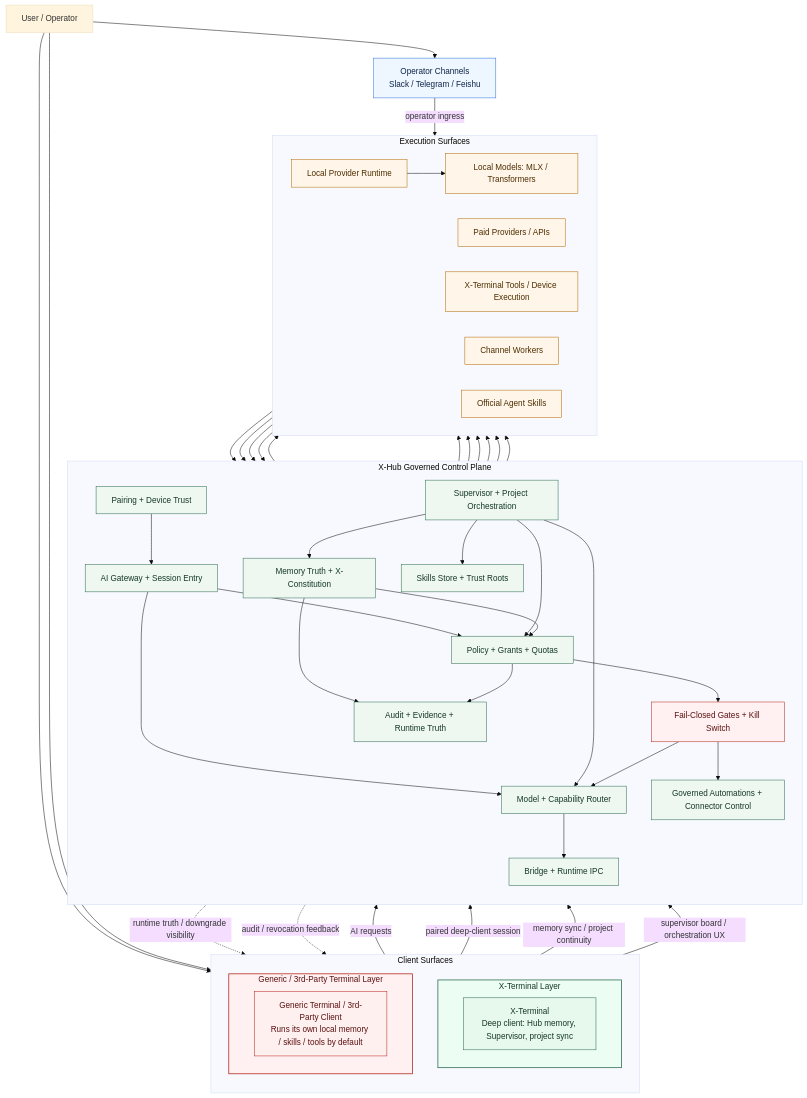
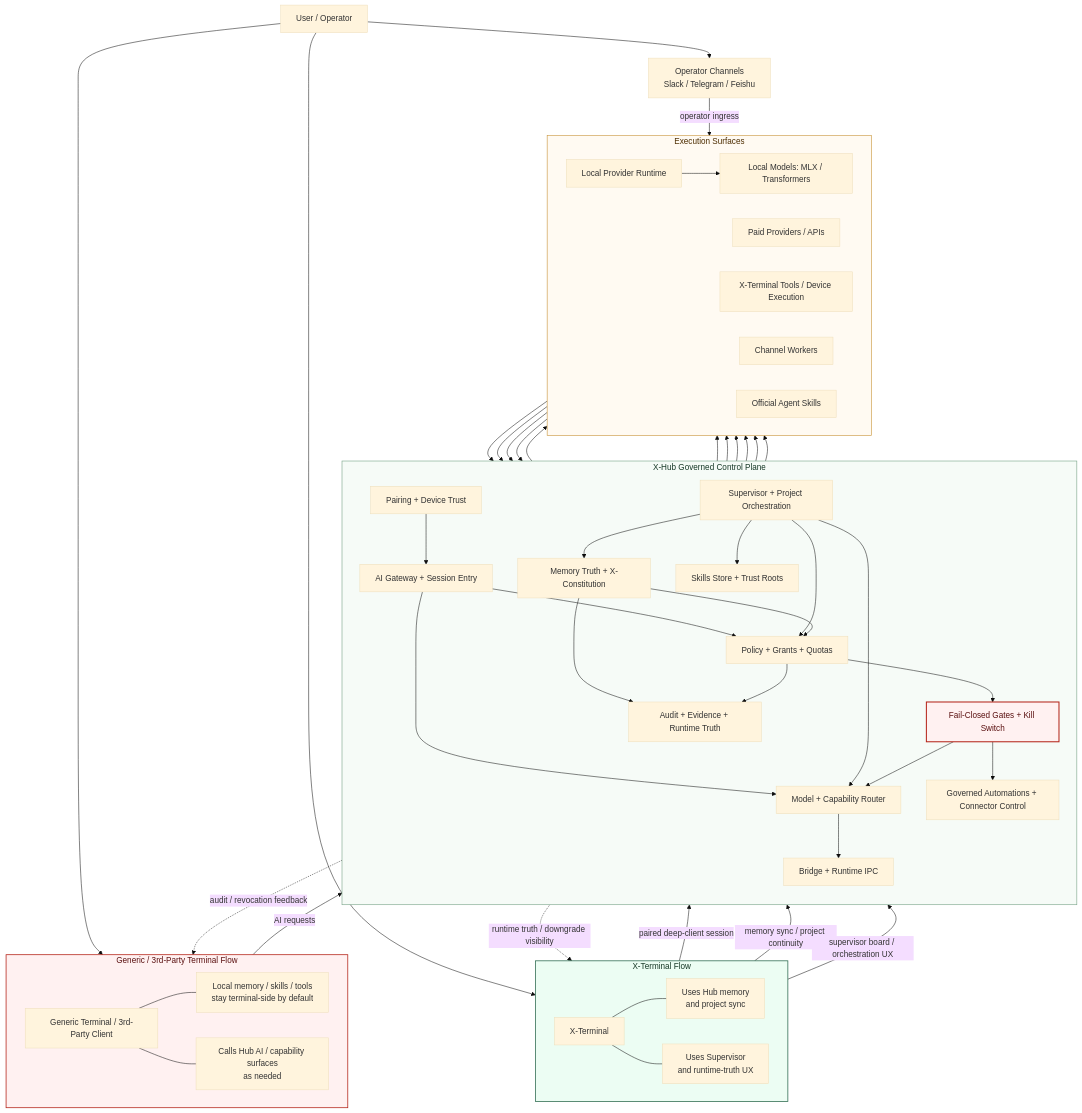
The first of 2 diagrams in README.md (AndrewXie-Rich/x-hub-system), drawn with Mermaid (base theme) before and after one commit. The commit also changed other lines of this file and 2 other files, not shown here.

First line of the commit message:
feat: update README and enhance Hub IPC client and pairing coordinator

````diff
--- a/README.md
+++ b/README.md
@@ -280,16 +280,18 @@
 flowchart TB
     U[User / Operator]
 
-    subgraph C[Client Surfaces]
-        direction TB
-        subgraph XTZ[X-Terminal Layer]
-            direction LR
-            XT[X-Terminal<br/>Deep client: Hub memory, Supervisor, project sync]
-        end
-        subgraph GTZ[Generic / 3rd-Party Terminal Layer]
-            direction LR
-            GT[Generic Terminal / 3rd-Party Client<br/>Runs its own local memory / skills / tools by default]
-        end
+    subgraph XTZ[X-Terminal Flow]
+        direction LR
+        XT[X-Terminal]
+        XTM[Uses Hub memory<br/>and project sync]
+        XTS[Uses Supervisor<br/>and runtime-truth UX]
+    end
+
+    subgraph GTZ[Generic / 3rd-Party Terminal Flow]
+        direction LR
+        GT[Generic Terminal / 3rd-Party Client]
+        GTM[Local memory / skills / tools<br/>stay terminal-side by default]
+        GTA[Calls Hub AI / capability surfaces<br/>as needed]
     end
 
     OC[Operator Channels<br/>Slack / Telegram / Feishu]
@@ -322,6 +324,11 @@
     U --> GT
     U --> XT
     U --> OC
+
+    XT --- XTM
+    XT --- XTS
+    GT --- GTM
+    GT --- GTA
 
     GT -->|AI requests| PA
     XT -->|paired deep-client session| PA
@@ -367,18 +374,7 @@
 
     style XTZ fill:#ecfdf3,stroke:#2d6a4f,stroke-width:1.5px,color:#163826;
     style GTZ fill:#fff1f1,stroke:#b42318,stroke-width:1.5px,color:#5b1111;
-
-    classDef xtclient fill:#e7f8ec,stroke:#2d6a4f,color:#163826,stroke-width:1px;
-    classDef gtclient fill:#fff0f0,stroke:#b42318,color:#5b1111,stroke-width:1px;
-    classDef opclient fill:#eef6ff,stroke:#2f6fda,color:#0f2547,stroke-width:1px;
-    classDef hub fill:#eef8f1,stroke:#2d6a4f,color:#163826,stroke-width:1px;
-    classDef exec fill:#fff6e9,stroke:#b26a00,color:#4d2d00,stroke-width:1px;
-    classDef safety fill:#fff1f1,stroke:#b42318,color:#5b1111,stroke-width:1px;
-
-    class XT xtclient;
-    class GT gtclient;
-    class OC opclient;
-    class PA,AG,MM,SUP,SK,GP,MR,AT,IPC,AU hub;
-    class LPR,LM,PM,XTEX,CHW,OAS exec;
-    class FG safety;
+    style H fill:#f6fbf7,stroke:#7aa58a,stroke-width:1.2px,color:#163826;
+    style E fill:#fffaf2,stroke:#c9973f,stroke-width:1.2px,color:#4d2d00;
+    style FG fill:#fff1f1,stroke:#b42318,stroke-width:2px,color:#5b1111;
 ```
````
